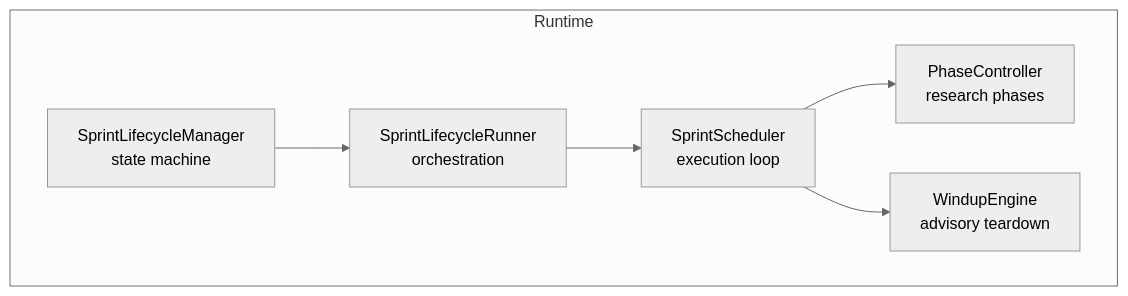
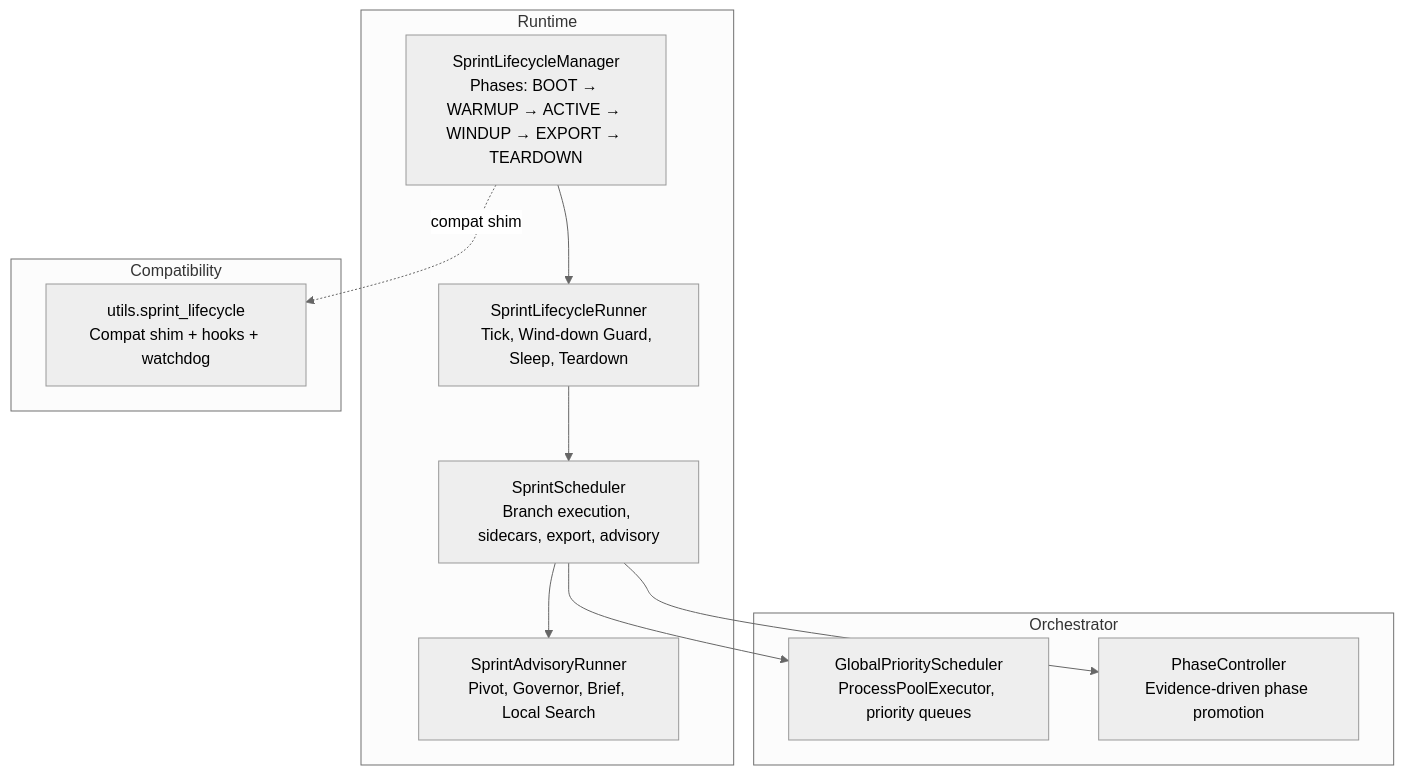
Before and after one commit to Hamulda/hledac-universal: the first of 6 diagrams in .qoder/repowiki/en/content/Runtime Management/Sprint Lifecycle Management.md, drawn with Mermaid (neutral theme). The commit also changed other lines of this file and 236 other files, not shown here.

Commit message:
feat: F234 prelive gate, acquisition strategy and sprint scheduler improvements

````diff
--- a/.qoder/repowiki/en/content/Runtime Management/Sprint Lifecycle Management.md
+++ b/.qoder/repowiki/en/content/Runtime Management/Sprint Lifecycle Management.md
@@ -33,14 +40,22 @@
 ```mermaid
 graph TB
 subgraph "Runtime"
-SL["SprintLifecycleManager<br/>state machine"]
-SLC["SprintLifecycleRunner<br/>orchestration"]
-SCH["SprintScheduler<br/>execution loop"]
-PC["PhaseController<br/>research phases"]
-WE["WindupEngine<br/>advisory teardown"]
+A["SprintLifecycleManager<br/>Phases: BOOT → WARMUP → ACTIVE → WINDUP → EXPORT → TEARDOWN"]
+B["SprintLifecycleRunner<br/>Tick, Wind-down Guard, Sleep, Teardown"]
+C["SprintScheduler<br/>Branch execution, sidecars, export, advisory"]
+D["SprintAdvisoryRunner<br/>Pivot, Governor, Brief, Local Search"]
 end
-SL --> SLC
-SLC --> SCH
-SCH --> PC
-SCH --> WE
+subgraph "Orchestrator"
+E["GlobalPriorityScheduler<br/>ProcessPoolExecutor, priority queues"]
+F["PhaseController<br/>Evidence-driven phase promotion"]
+end
+subgraph "Compatibility"
+G["utils.sprint_lifecycle<br/>Compat shim + hooks + watchdog"]
+end
+A --> B
+B --> C
+C --> D
+C --> E
+C --> F
+A -. "compat shim" .-> G
 ```
````
